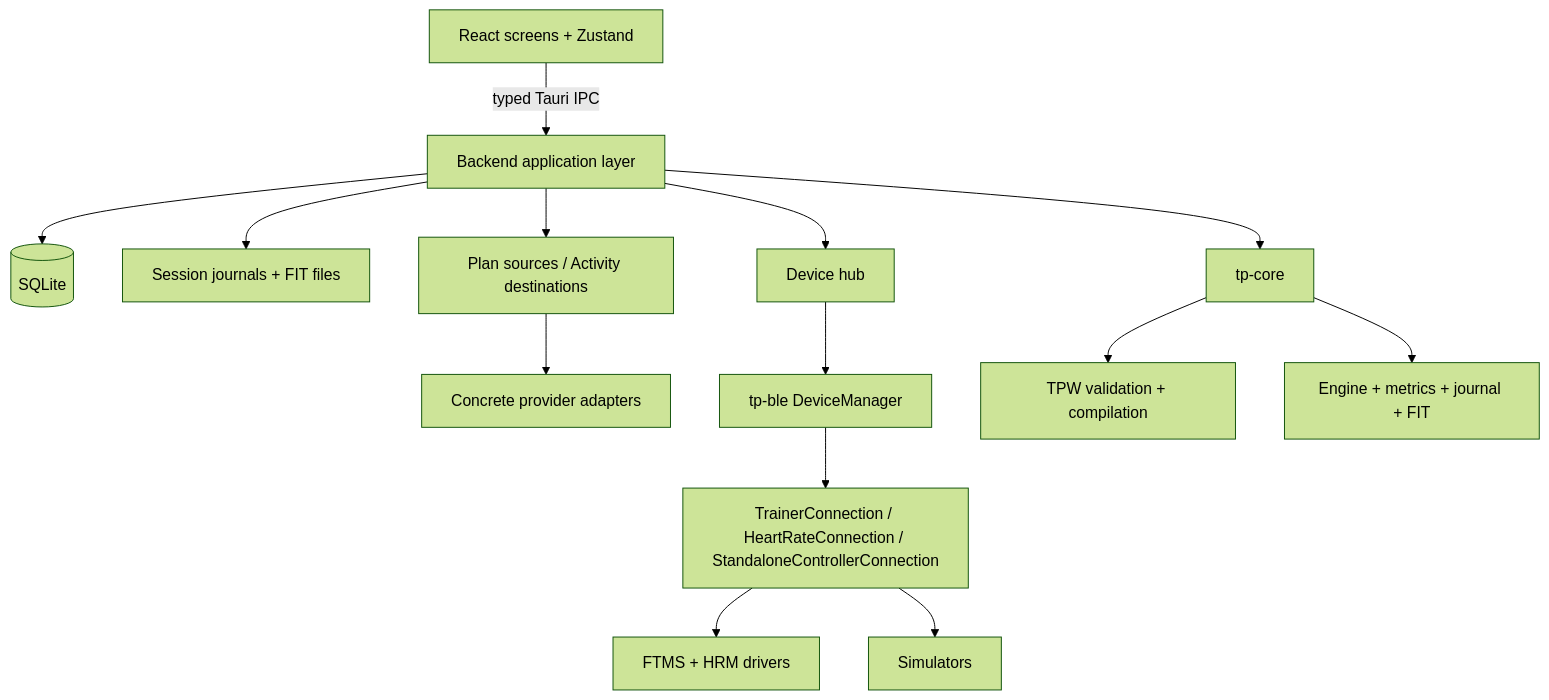
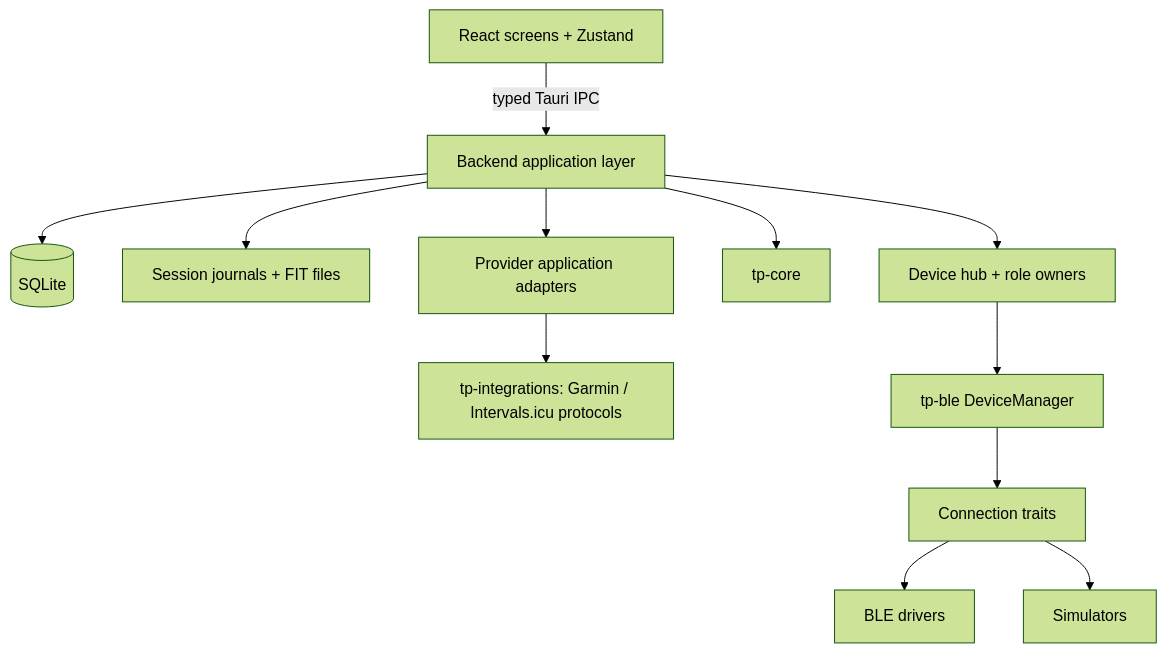
One commit to sergioclemente/TrainerPro changed the diagram in docs/architecture.md. Above: the diagram before and after it, drawn with Mermaid (forest theme). The commit also changed other lines of this file and 16 other files, not shown here.

Commit message:
Extract reusable Garmin and Intervals clients into tp-integrations

````diff
--- a/docs/architecture.md
+++ b/docs/architecture.md
@@ -12,16 +10,14 @@
 ```mermaid
 flowchart TD
     UI[React screens + Zustand] -->|typed Tauri IPC| APP[Backend application layer]
     APP --> DB[(SQLite)]
     APP --> FILES[Session journals + FIT files]
-    APP --> CAPABILITIES[Plan sources / Activity destinations]
-    CAPABILITIES --> PROVIDERS[Concrete provider adapters]
+    APP --> ADAPTERS[Provider application adapters]
+    ADAPTERS --> INTEGRATIONS[tp-integrations: Garmin / Intervals.icu protocols]
     APP --> CORE[tp-core]
-    APP --> HUB[Device hub]
+    APP --> HUB[Device hub + role owners]
     HUB --> MANAGER[tp-ble DeviceManager]
-    MANAGER --> TRAITS[TrainerConnection / HeartRateConnection / StandaloneControllerConnection]
-    TRAITS --> BLE[FTMS + HRM drivers]
-    TRAITS --> SIM[Simulators]
-    CORE --> TPW[TPW validation + compilation]
-    CORE --> ENGINE[Engine + metrics + journal + FIT]
+    MANAGER --> CONNECTIONS[Connection traits]
+    CONNECTIONS --> BLE[BLE drivers]
+    CONNECTIONS --> SIM[Simulators]
 ```
````
